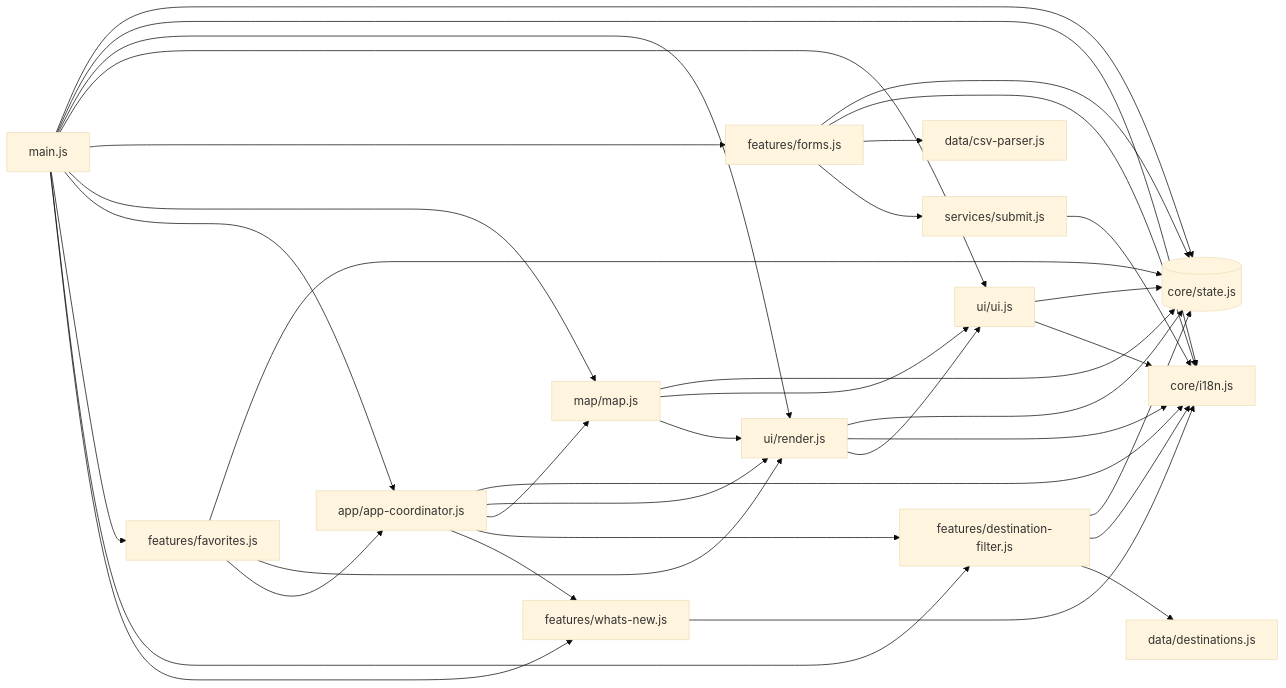
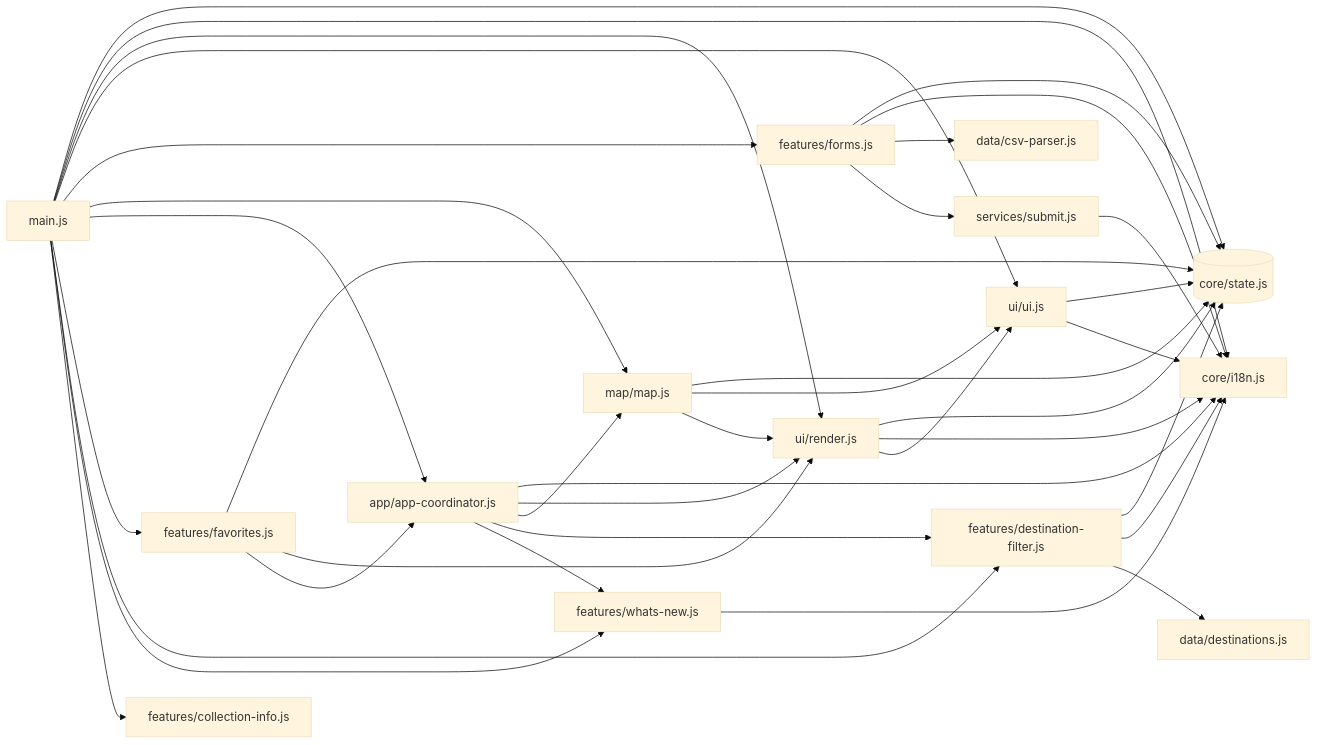
Before and after one commit to ginaz5/lingorm-map: the second of 2 diagrams in README.md, drawn with Mermaid (base theme). The commit also changed other lines of this file and 40 other files, not shown here.

````diff
--- a/README.md
+++ b/README.md
@@ -94,28 +94,30 @@
 ```mermaid
 graph LR
     MAIN["main.js"]
     STATE[("core/state.js")]
     I18N["core/i18n.js"]
     CSV["data/csv-parser.js"]
     RENDER["ui/render.js"]
     MAP["map/map.js"]
     COORD["app/app-coordinator.js"]
     UI["ui/ui.js"]
     DEST["features/destination-filter.js"]
+    COLL["features/collection-info.js"]
     TAX["data/destinations.js"]
     FORMS["features/forms.js"]
     SUBMIT["services/submit.js"]
     FAV["features/favorites.js"]
     WHATS["features/whats-new.js"]
 
     MAIN --> STATE & I18N & RENDER & UI & FORMS & MAP & COORD & FAV & DEST & WHATS
+    MAIN --> COLL
     COORD --> I18N & RENDER & MAP & DEST & WHATS
     MAP --> STATE & UI & RENDER
     RENDER --> STATE & I18N & UI
     UI --> STATE & I18N
     DEST --> STATE & I18N & TAX
     FORMS --> STATE & I18N & CSV & SUBMIT
     SUBMIT --> I18N
     FAV --> STATE & RENDER & COORD
     WHATS --> I18N
 ```
````
